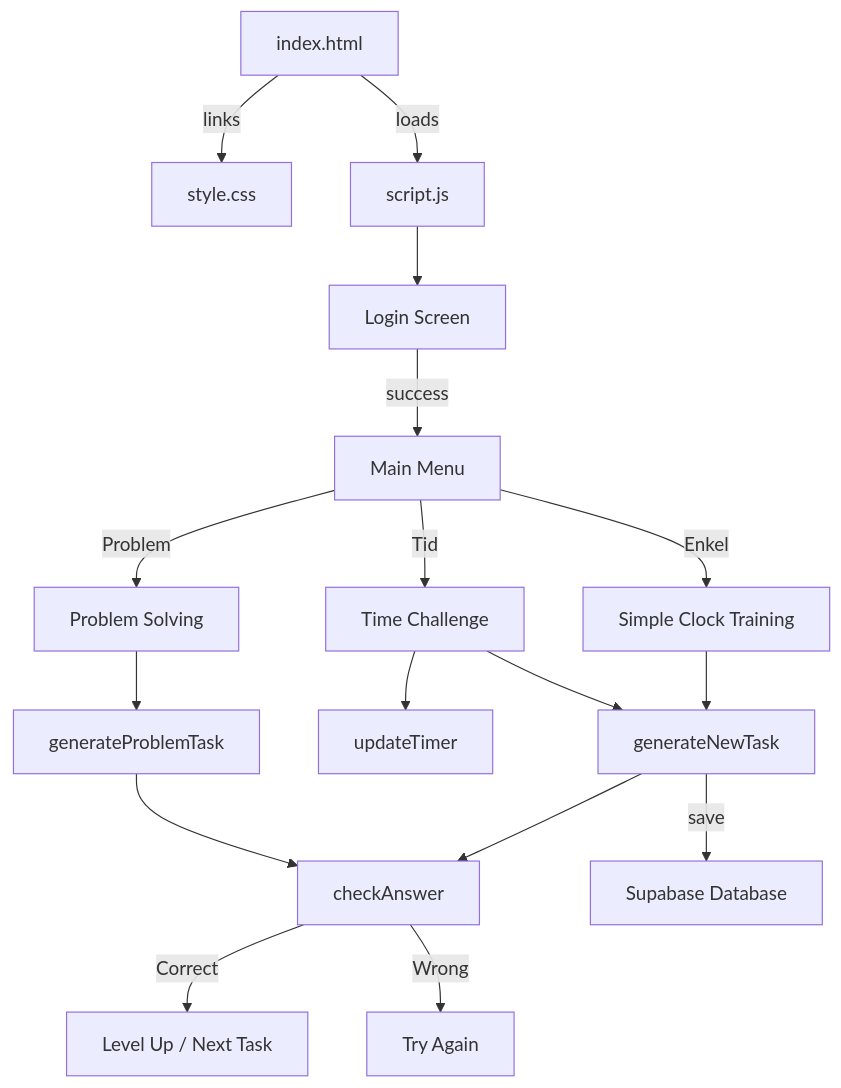
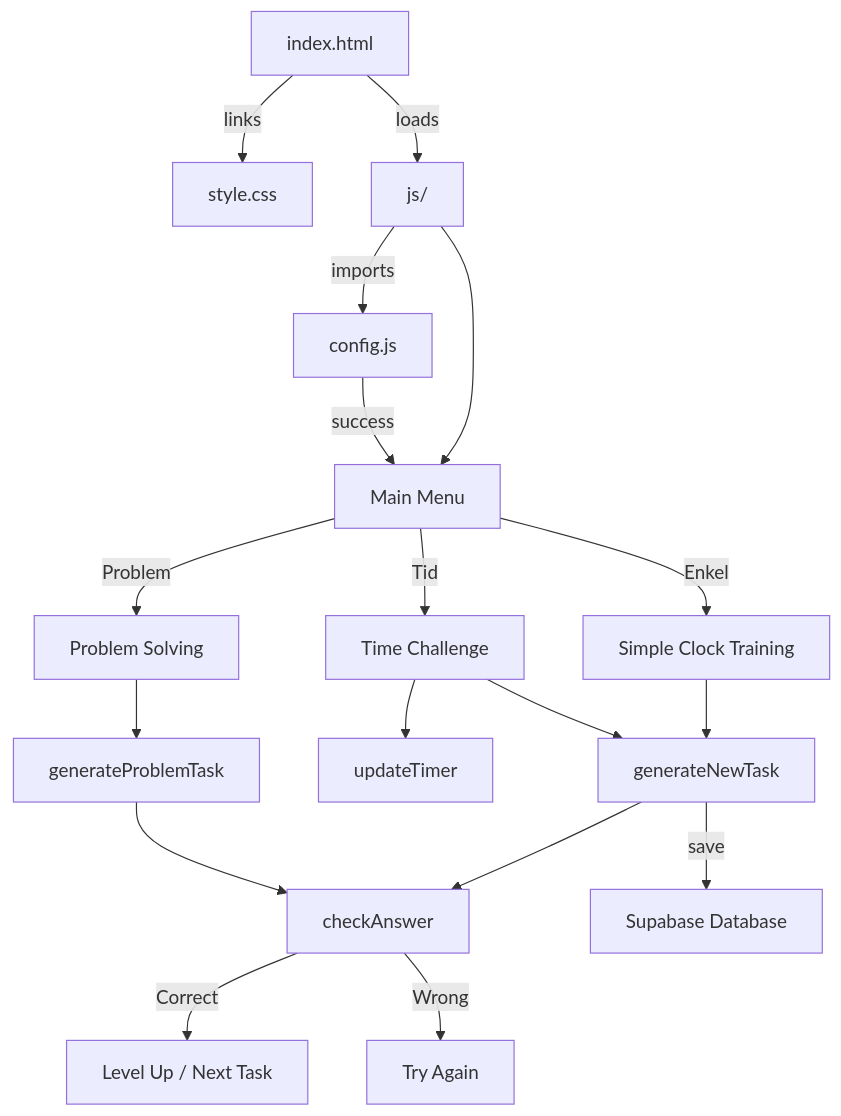
One commit to eliasrens/klockan changed the first of 2 diagrams in AGENTS.md. Above: the diagram before and after it, drawn with Mermaid. The commit also changed other lines of this file and 11 other files, not shown here.

````diff
--- a/AGENTS.md
+++ b/AGENTS.md
@@ -35,19 +43,20 @@
 ```mermaid
 flowchart TD
     A[index.html] -->|links| B[style.css]
-    A -->|loads| C[script.js]
-    C --> D[Login Screen]
+    A -->|loads| C[js/]
+    C -->|imports| D[config.js]
+    C --> E[Login Screen]
     D -->|success| E[Main Menu]
     E -->|Enkel| F[Simple Clock Training]
     E -->|Tid| G[Time Challenge]
     E -->|Problem| H[Problem Solving]
     F --> I[generateNewTask]
     G --> I
     G --> J[updateTimer]
     H --> K[generateProblemTask]
     I --> L[checkAnswer]
     K --> L
     L -->|Correct| M[Level Up / Next Task]
     L -->|Wrong| N[Try Again]
     I -->|save| O[Supabase Database]
 ```
````
